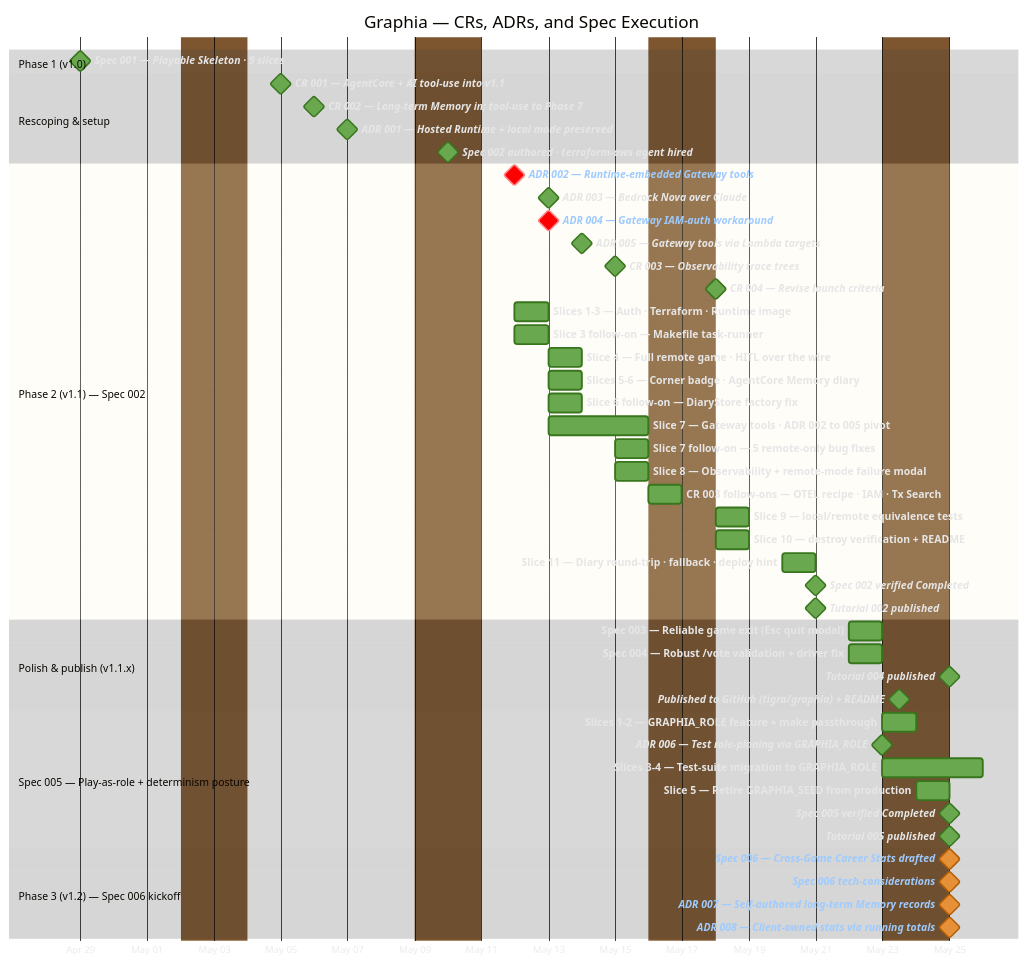
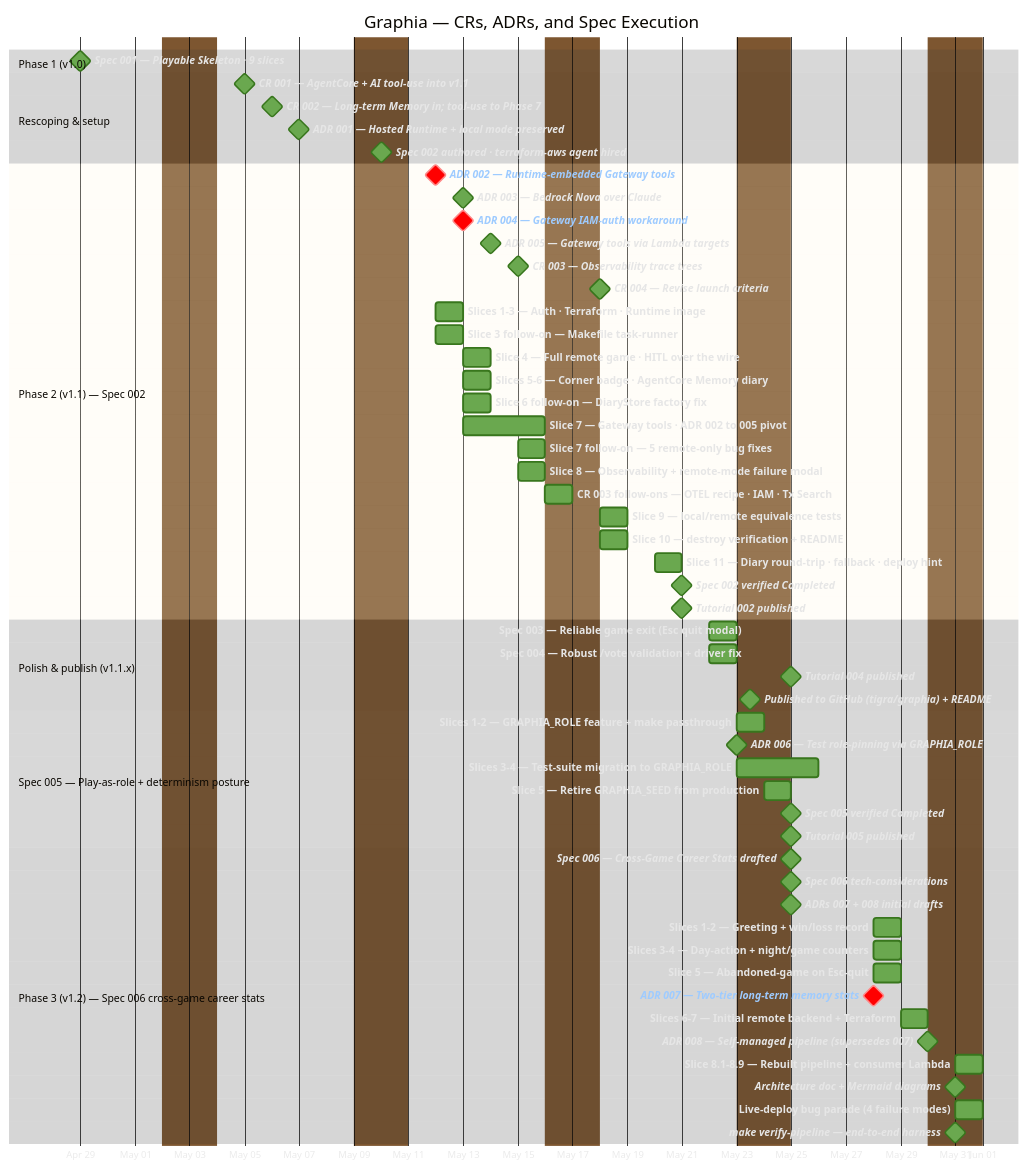
The diagram in context/project-timeline.md (tigra/graphia), drawn with Mermaid before and after one commit. The commit also changed other lines of this file and 1 other file, not shown here.

First line of the commit message:
Project timeline: fold in Act 7 — Spec 006 implementation + bug parade

````diff
--- a/context/project-timeline.md
+++ b/context/project-timeline.md
@@ -68,11 +68,20 @@
     Spec 005 verified Completed                          :milestone, done, sp5v, after sp5s5, 0d
     Tutorial 005 published                               :milestone, done, t5, after sp5v, 0d
 
-    section Phase 3 (v1.2) — Spec 006 kickoff
-    Spec 006 — Cross-Game Career Stats drafted           :milestone, active, sp6, 2026-05-25, 0d
-    Spec 006 tech-considerations                         :milestone, active, sp6t, 2026-05-25, 0d
-    ADR 007 — Self-authored long-term Memory records     :milestone, active, a7, 2026-05-25, 0d
-    ADR 008 — Client-owned stats via running totals      :milestone, active, a8, 2026-05-25, 0d
+    section Phase 3 (v1.2) — Spec 006 cross-game career stats
+    Spec 006 — Cross-Game Career Stats drafted           :milestone, done, sp6, 2026-05-25, 0d
+    Spec 006 tech-considerations                         :milestone, done, sp6t, 2026-05-25, 0d
+    ADRs 007 + 008 initial drafts                        :milestone, done, sp6adrs0, 2026-05-25, 0d
+    Slices 1-2 — Greeting + win/loss record              :done, sp6s12, 2026-05-28, 1d
+    Slices 3-4 — Day-action + night/game counters        :done, sp6s34, 2026-05-28, 1d
+    Slice 5 — Abandoned-game on Esc-quit                 :done, sp6s5, 2026-05-28, 1d
+    ADR 007 — Two-tier long-term memory stats            :milestone, crit, a7, 2026-05-28, 0d
+    Slices 6-7 — Initial remote backend + Terraform      :done, sp6s67, 2026-05-29, 1d
+    ADR 008 — Self-managed pipeline (supersedes 007)     :milestone, done, a8, 2026-05-30, 0d
+    Slice 8.1-8.9 — Rebuilt pipeline + consumer Lambda   :done, sp6s8, 2026-05-31, 1d
+    Architecture doc + Mermaid diagrams                  :milestone, done, sp6arch, 2026-05-31, 0d
+    Live-deploy bug parade (4 failure modes)             :done, sp6bugs, 2026-05-31, 1d
+    make verify-pipeline — end-to-end harness            :milestone, done, sp6verify, 2026-05-31, 0d
 
     click sp1 href "https://github.com/tigra/graphia/tree/main/context/spec/001-playable-skeleton"
     click m1 href "https://github.com/tigra/graphia/blob/main/context/change-requests/001-agentcore-and-tools-in-scope.md"
@@ -111,6 +120,15 @@
     click t5 href "https://github.com/tigra/graphia/blob/main/context/tutorials/005-play-as-role/tutorial.md"
     click sp6 href "https://github.com/tigra/graphia/blob/main/context/spec/006-cross-game-career-stats/functional-spec.md"
     click sp6t href "https://github.com/tigra/graphia/blob/main/context/spec/006-cross-game-career-stats/technical-considerations.md"
-    click a7 href "https://github.com/tigra/graphia/blob/main/context/adr/007-cross-game-stats-as-long-term-memory-records.md"
-    click a8 href "https://github.com/tigra/graphia/blob/main/context/adr/008-client-owned-cross-game-stats.md"
+    click sp6adrs0 href "https://github.com/tigra/graphia/tree/main/context/adr"
+    click sp6s12 href "https://github.com/tigra/graphia/blob/main/context/spec/006-cross-game-career-stats/tasks.md"
+    click sp6s34 href "https://github.com/tigra/graphia/blob/main/context/spec/006-cross-game-career-stats/tasks.md"
+    click sp6s5 href "https://github.com/tigra/graphia/blob/main/context/spec/006-cross-game-career-stats/tasks.md"
+    click a7 href "https://github.com/tigra/graphia/blob/main/context/adr/007-two-tier-long-term-memory-stats.md"
+    click sp6s67 href "https://github.com/tigra/graphia/blob/main/context/spec/006-cross-game-career-stats/tasks.md"
+    click a8 href "https://github.com/tigra/graphia/blob/main/context/adr/008-self-managed-memory-pipeline.md"
+    click sp6s8 href "https://github.com/tigra/graphia/blob/main/context/spec/006-cross-game-career-stats/tasks.md"
+    click sp6arch href "https://github.com/tigra/graphia/blob/main/context/spec/006-cross-game-career-stats/architecture.md"
+    click sp6bugs href "https://github.com/tigra/graphia/commits/main"
+    click sp6verify href "https://github.com/tigra/graphia/blob/main/tools/verify_pipeline.py"
 ```
````
